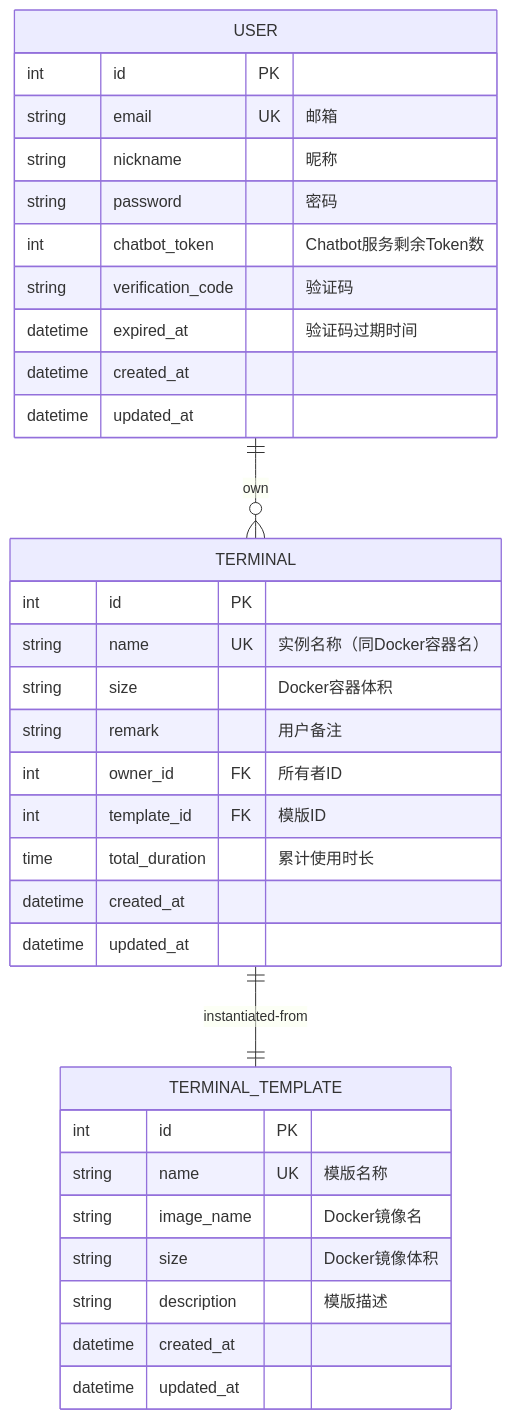
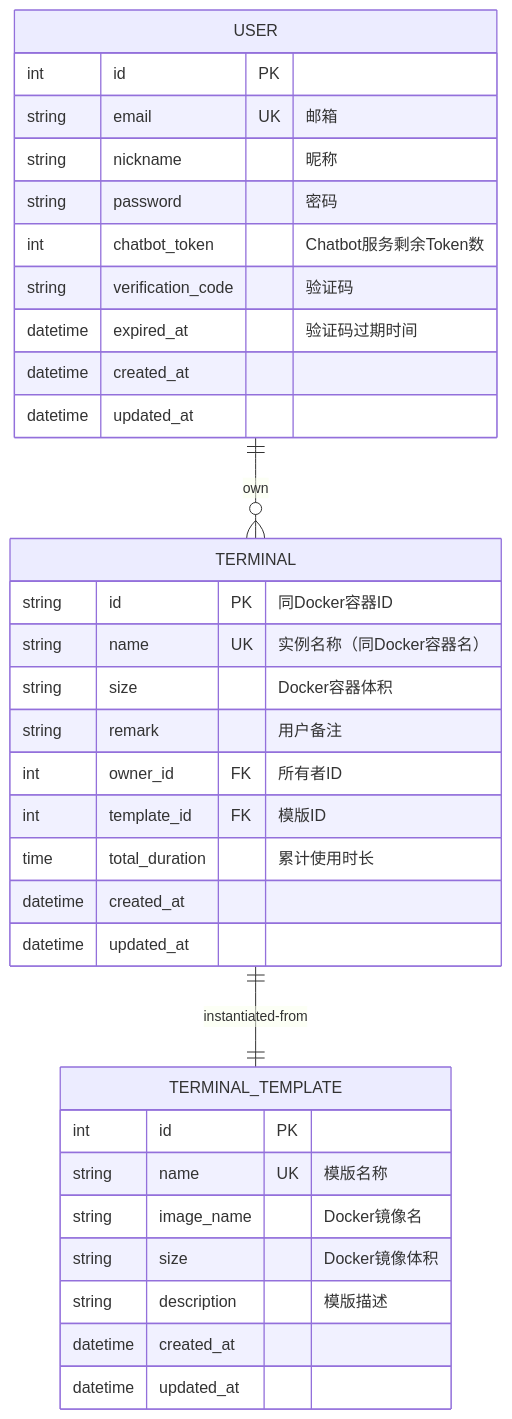
One commit to Banana-Boat/terryminal-be changed the second of 2 diagrams in README.md. Above: the diagram before and after it, drawn with Mermaid. The commit also changed 8 other files, not shown here.

````diff
--- a/README.md
+++ b/README.md
@@ -38,38 +38,38 @@
 ```mermaid
 erDiagram
     USER ||--o{ TERMINAL : own
     TERMINAL ||--|| TERMINAL_TEMPLATE : instantiated-from
     USER {
         int id PK
         string email UK "邮箱"
         string nickname "昵称"
         string password "密码"
         int chatbot_token "Chatbot服务剩余Token数"
         string verification_code "验证码"
         datetime expired_at "验证码过期时间"
         datetime created_at
         datetime updated_at
     }
     TERMINAL {
-        int id PK
+        string id PK "同Docker容器ID"
         string name UK "实例名称（同Docker容器名）"
         string size "Docker容器体积"
         string remark "用户备注"
         int owner_id FK "所有者ID"
         int template_id FK "模版ID"
         time total_duration "累计使用时长"
         datetime created_at
         datetime updated_at
     }
     TERMINAL_TEMPLATE {
         int id PK
         string name UK "模版名称"
         string image_name "Docker镜像名"
         string size "Docker镜像体积"
         string description "模版描述"
         datetime created_at
         datetime updated_at
     }
 
 
 ```
````
